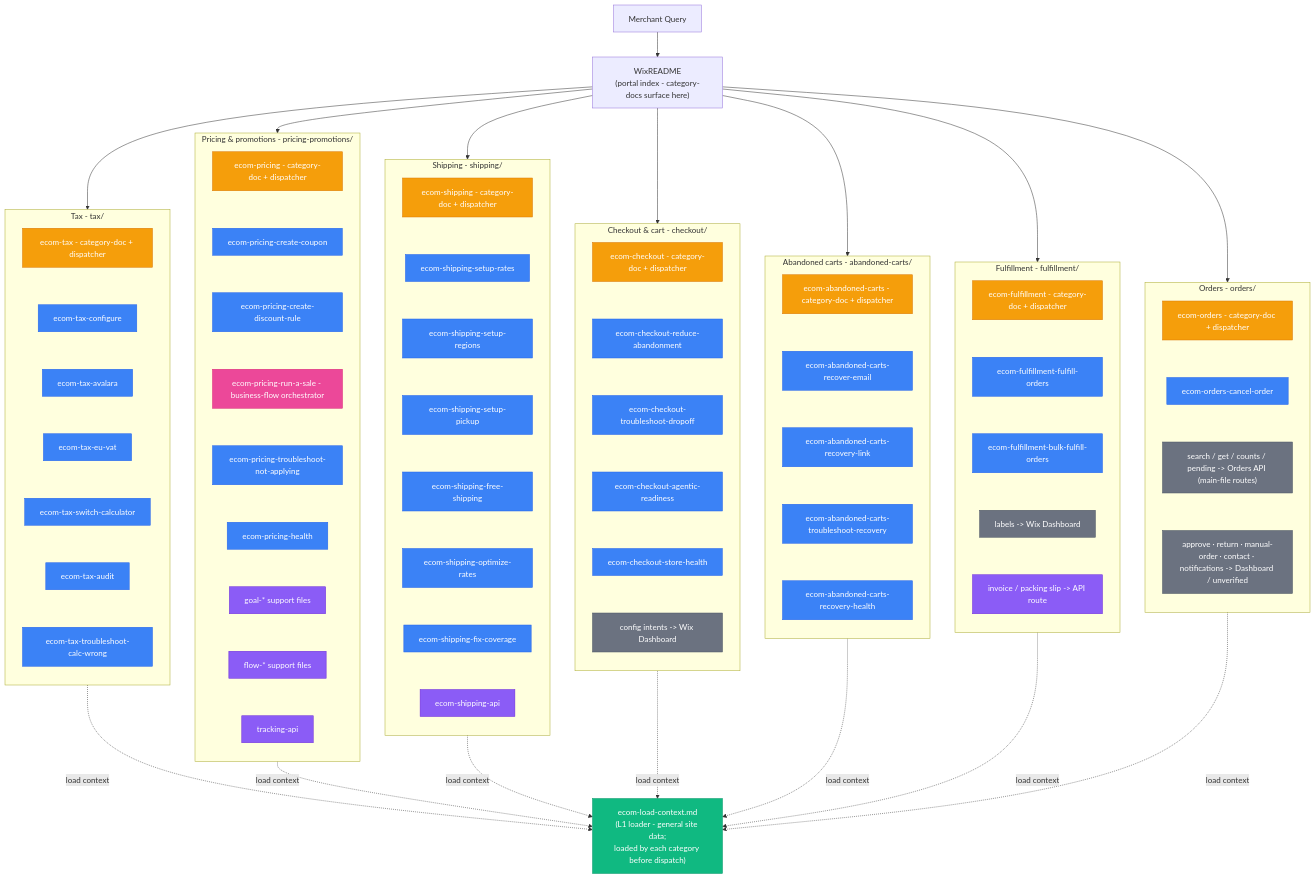
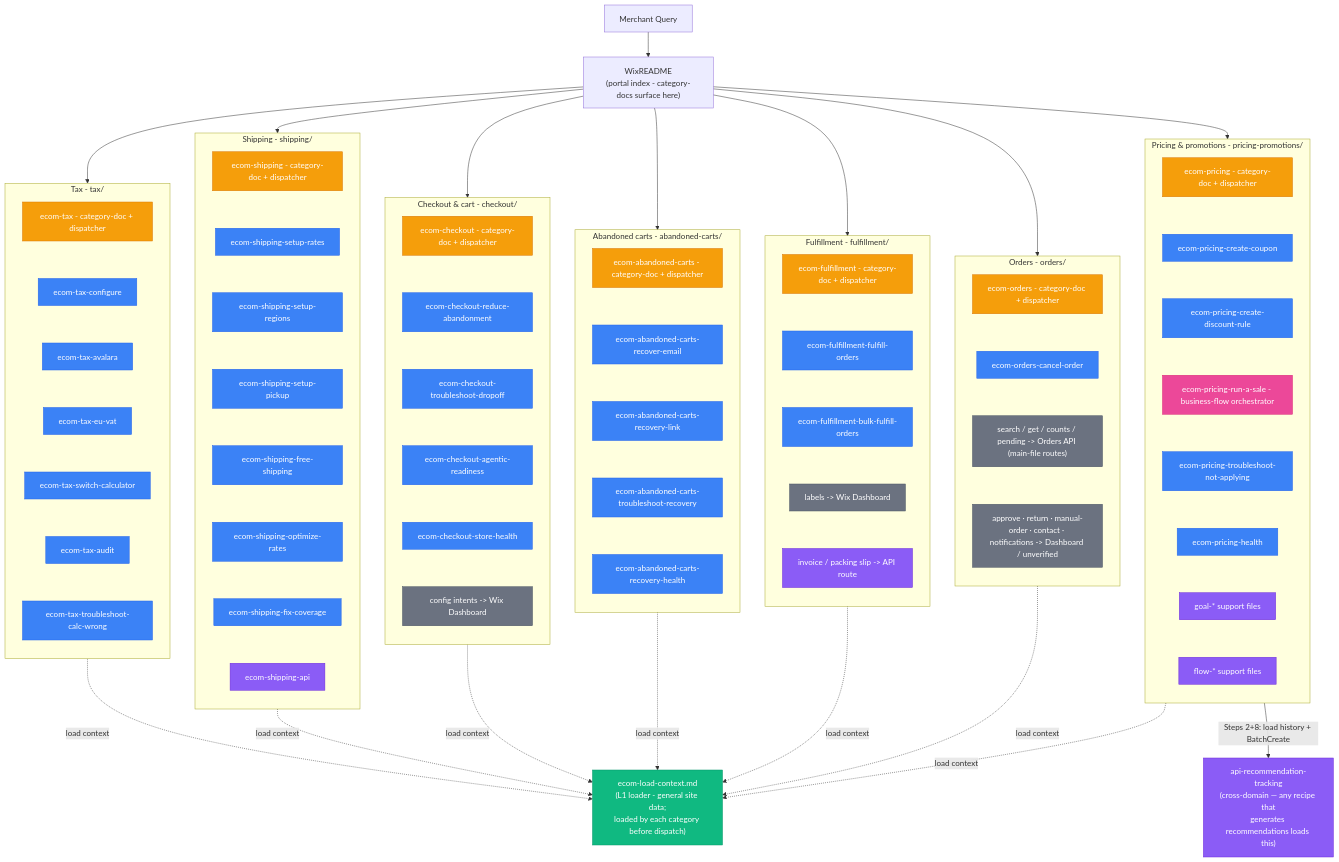
One commit to wix/skills changed the diagram in skills/wix-manage/references/ecommerce/skill-graph.md. Above: the diagram before and after it, drawn with Mermaid. The commit also changed other lines of this file and 8 other files, not shown here.

````diff
--- a/skills/wix-manage/references/ecommerce/skill-graph.md
+++ b/skills/wix-manage/references/ecommerce/skill-graph.md
@@ -25,6 +25,9 @@
     ABANDONED -.-> |load context| LOADER
     FULFILL -.-> |load context| LOADER
     ORDERS -.-> |load context| LOADER
+
+    TRACKING["api-recommendation-tracking<br/>(cross-domain — any recipe that<br/>generates recommendations loads this)"]
+    PR --> |"Steps 2+8: load history + BatchCreate"| TRACKING
 
     subgraph TAX["Tax - tax/"]
         direction TB
@@ -48,8 +51,7 @@
         PH["ecom-pricing-health"]
         PG["goal-* support files"]
         PF["flow-* support files"]
-        PV["tracking-api"]
-        PRICEDEF ~~~ PC ~~~ PD ~~~ PR ~~~ PB ~~~ PH ~~~ PG ~~~ PF ~~~ PV
+        PRICEDEF ~~~ PC ~~~ PD ~~~ PR ~~~ PB ~~~ PH ~~~ PG ~~~ PF
     end
 
     subgraph SHIP["Shipping - shipping/"]
@@ -115,7 +117,8 @@
     class TAXDEF,PRICEDEF,SHIPDEF,CHKDEF,ACDEF,FDEF,ODEF dispatcher
     class TC,TA,TV,TS,TU,TT,PC,PD,PB,PH,SR,SG,SP,SF,SO,SX,CR,CT,CA,CH,AR,AL,AT,AH,FO,FB,OC promotion
     class PR orchestrator
-    class PG,PF,PV,SS,FI support
+    class PG,PF,SS,FI support
     class LOADER loader
+    class TRACKING support
     class CD,FL,OS,OH legacy
 ```
````
